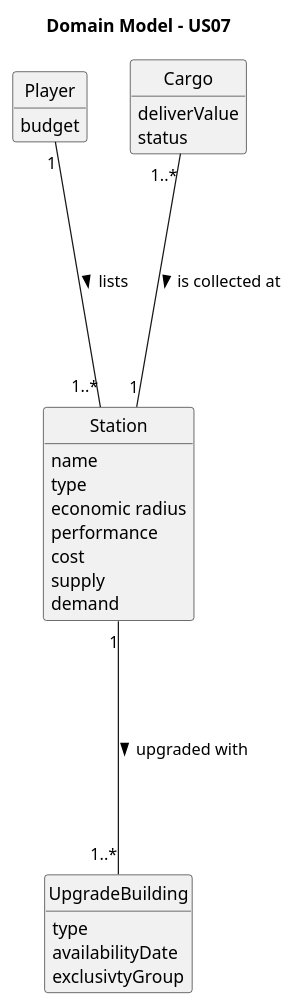
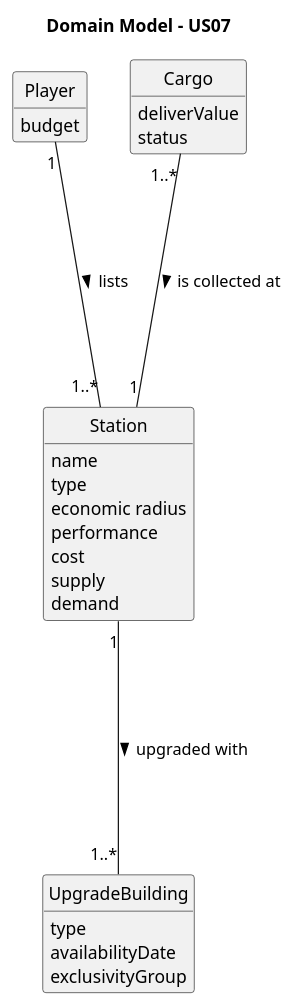
Before and after one commit to Educ00/mdisc-2425: the diagram in docs/system-documentation/sprint 2/US07/02.analysis/puml/US007-DM.puml, drawn with PlantUML. The commit also changed 21 other files, not shown here.

```diff
--- a/docs/system-documentation/sprint 2/US07/02.analysis/puml/US007-DM.puml
+++ b/docs/system-documentation/sprint 2/US07/02.analysis/puml/US007-DM.puml
@@ -1,42 +1,42 @@
 @startuml
 
 skinparam monochrome true
 skinparam packageStyle rectangle
 skinparam shadowing false
 skinparam classAttributeIconSize 0
 hide circle
 hide methods
 
 title Domain Model - US07
 
 class Station {
     name
     type
     economic radius
     performance
     cost
     supply
     demand
 }
 
 class UpgradeBuilding {
     type
     availabilityDate
-    exclusivtyGroup
+    exclusivityGroup
 }
 
 
 class Player {
     budget
 }
 
 class Cargo{
 deliverValue
 status
 }
 
 Station "1" ---- "1..*" UpgradeBuilding : upgraded with >
 Player "1" ---- "1..*" Station : lists >
 Cargo "1..*" ---- "1" Station : is collected at >
 
 @enduml
```
